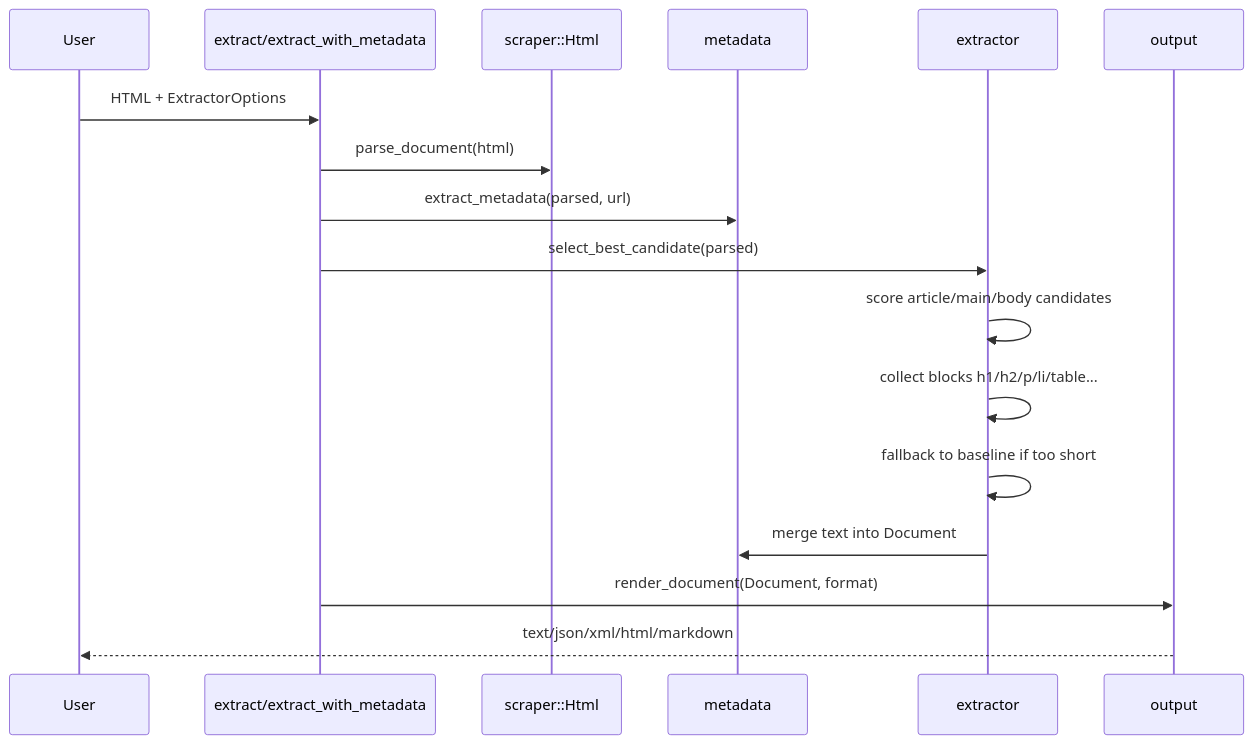
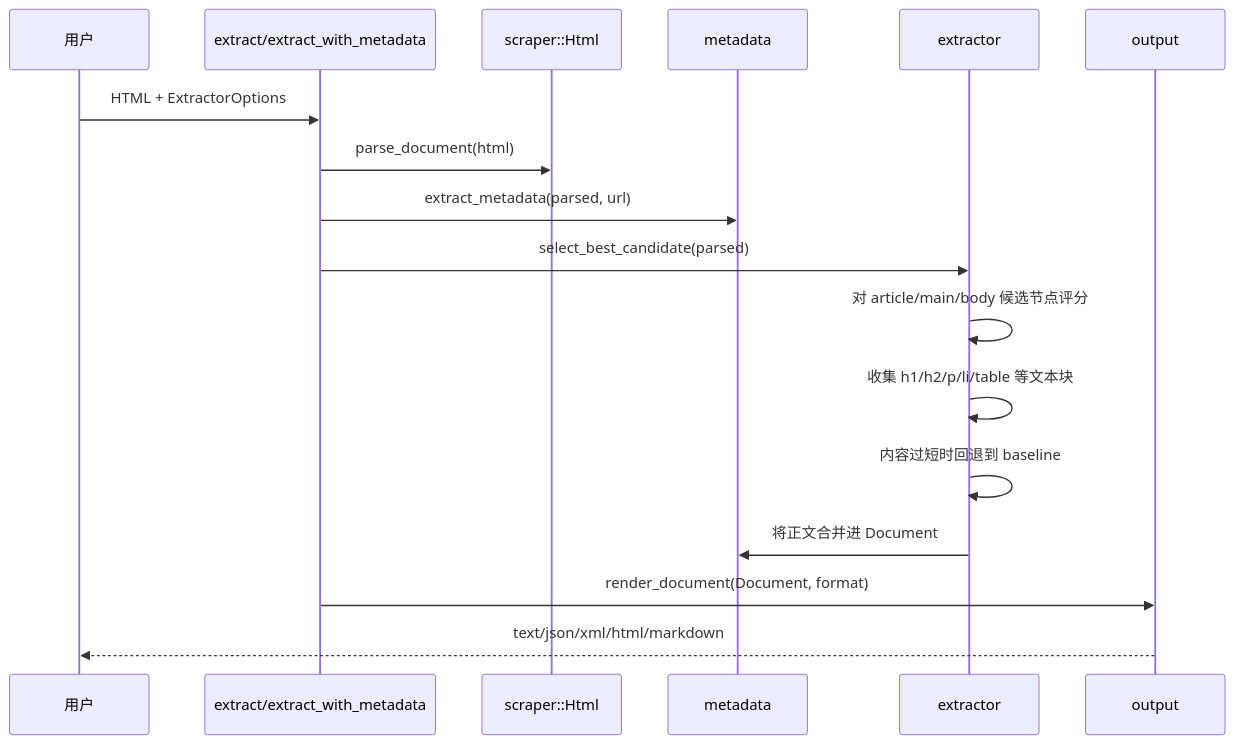
The second of 2 diagrams in docs/TECHNICAL.md (duanshiwen/trafilatura-rust-toolkit-for-agent), drawn with Mermaid before and after one commit. The commit also changed other lines of this file and 4 other files, not shown here.

````diff
--- a/docs/TECHNICAL.md
+++ b/docs/TECHNICAL.md
@@ -26,20 +26,20 @@
 ```mermaid
 sequenceDiagram
-    participant User
+    participant User as 用户
     participant API as extract/extract_with_metadata
     participant Parser as scraper::Html
     participant Meta as metadata
     participant Ext as extractor
     participant Out as output
 
     User->>API: HTML + ExtractorOptions
     API->>Parser: parse_document(html)
     API->>Meta: extract_metadata(parsed, url)
     API->>Ext: select_best_candidate(parsed)
-    Ext->>Ext: score article/main/body candidates
-    Ext->>Ext: collect blocks h1/h2/p/li/table...
-    Ext->>Ext: fallback to baseline if too short
-    Ext->>Meta: merge text into Document
+    Ext->>Ext: 对 article/main/body 候选节点评分
+    Ext->>Ext: 收集 h1/h2/p/li/table 等文本块
+    Ext->>Ext: 内容过短时回退到 baseline
+    Ext->>Meta: 将正文合并进 Document
     API->>Out: render_document(Document, format)
     Out-->>User: text/json/xml/html/markdown
 ```
````
